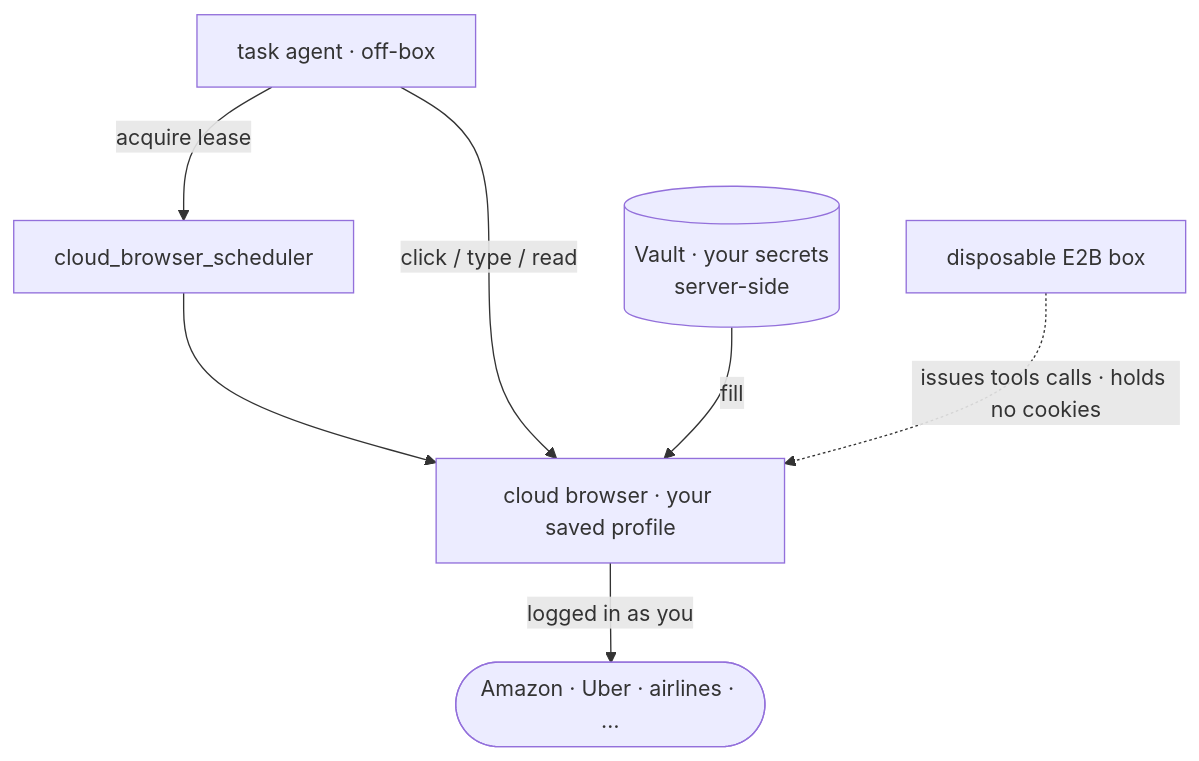
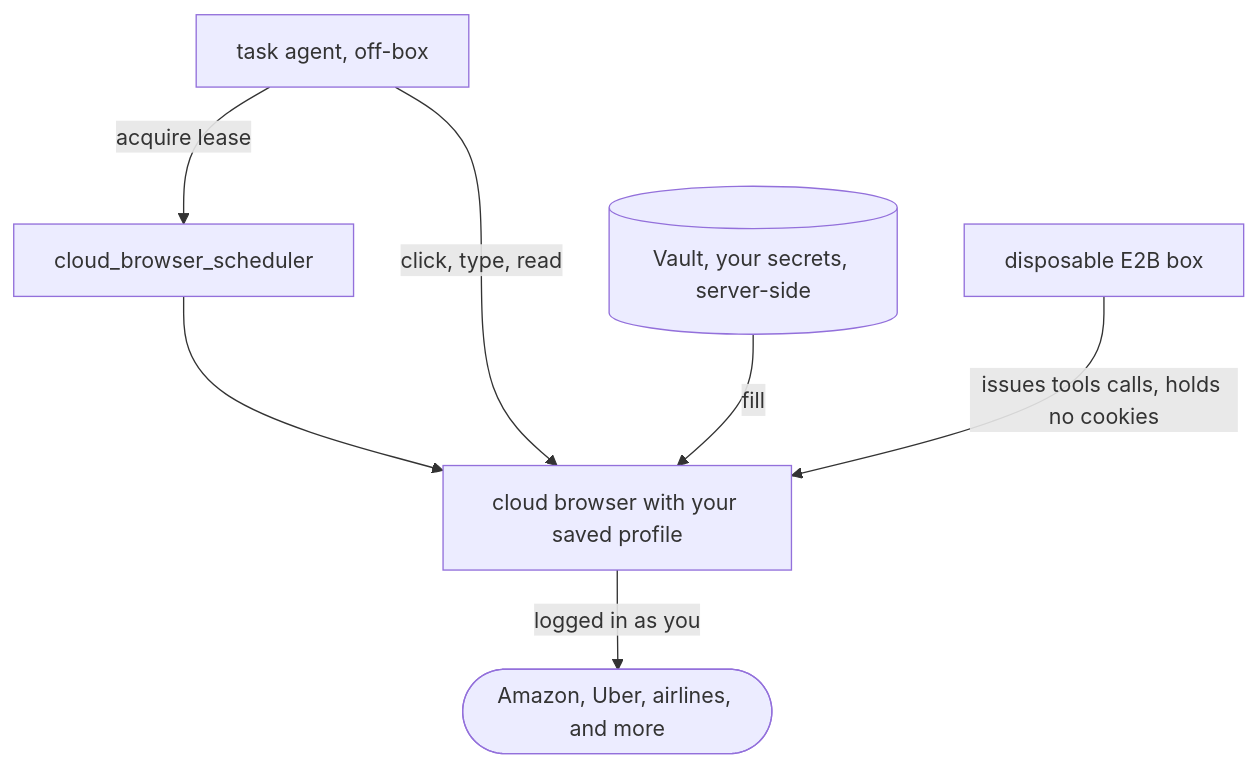
The third of 3 diagrams in posts/platforms.md (RohanAdwankar/RohanAdwankar.github.io), drawn with Mermaid before and after one commit. The commit also changed other lines of this file and 1 other file, not shown here.

First line of the commit message:
Fix platforms post: render tables, clean up diagrams, condense harness section

````diff
--- a/posts/platforms.md
+++ b/posts/platforms.md
@@ -280,9 +280,9 @@
 ```mermaid
 flowchart TB
-  ta["task agent · off-box"] -->|acquire lease| sched["cloud_browser_scheduler"]
+  ta["task agent, off-box"] -->|acquire lease| sched["cloud_browser_scheduler"]
   sched --> cb
-  ta -->|click / type / read| cb["cloud browser · your saved profile"]
-  vault[("Vault · your secrets<br/>server-side")] -->|fill| cb
-  cb -->|"logged in as you"| sites(["Amazon · Uber · airlines · …"])
-  box["disposable E2B box"] -.->|"issues tools calls · holds no cookies"| cb
+  ta -->|click, type, read| cb["cloud browser with your saved profile"]
+  vault[("Vault, your secrets, server-side")] -->|fill| cb
+  cb -->|"logged in as you"| sites(["Amazon, Uber, airlines, and more"])
+  box["disposable E2B box"] -->|"issues tools calls, holds no cookies"| cb
 ```
````
